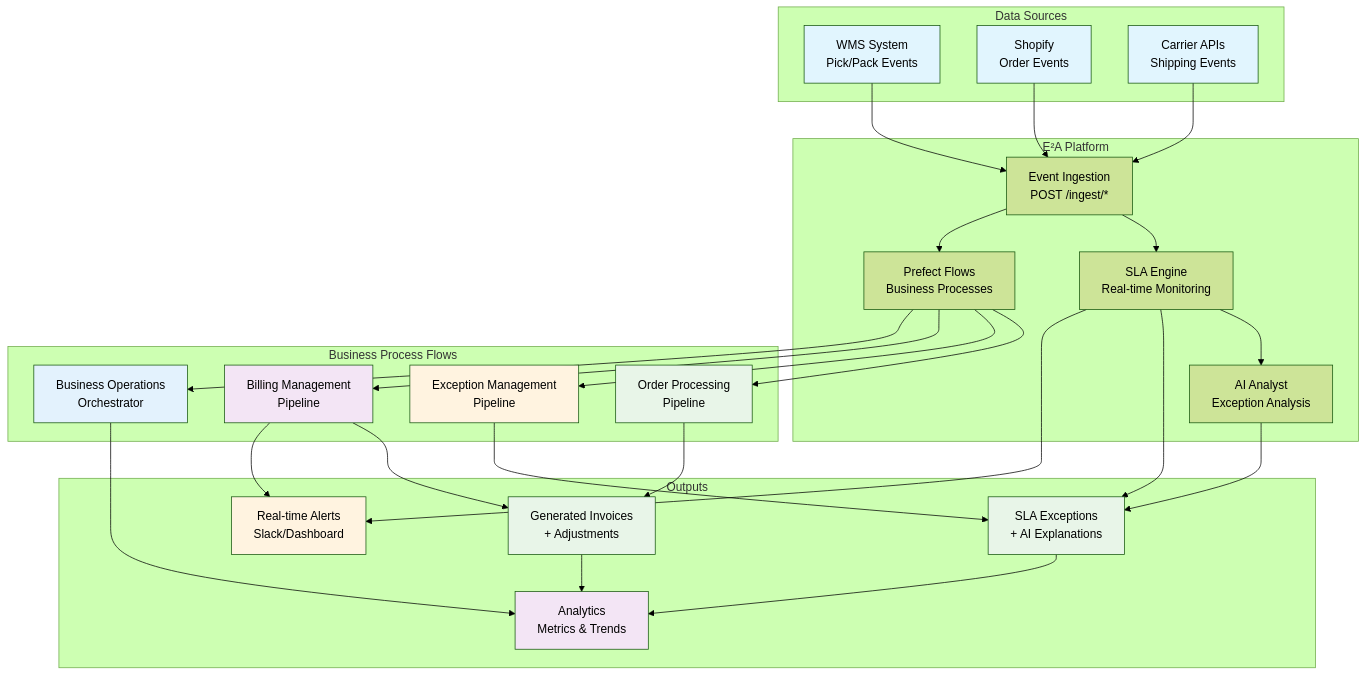
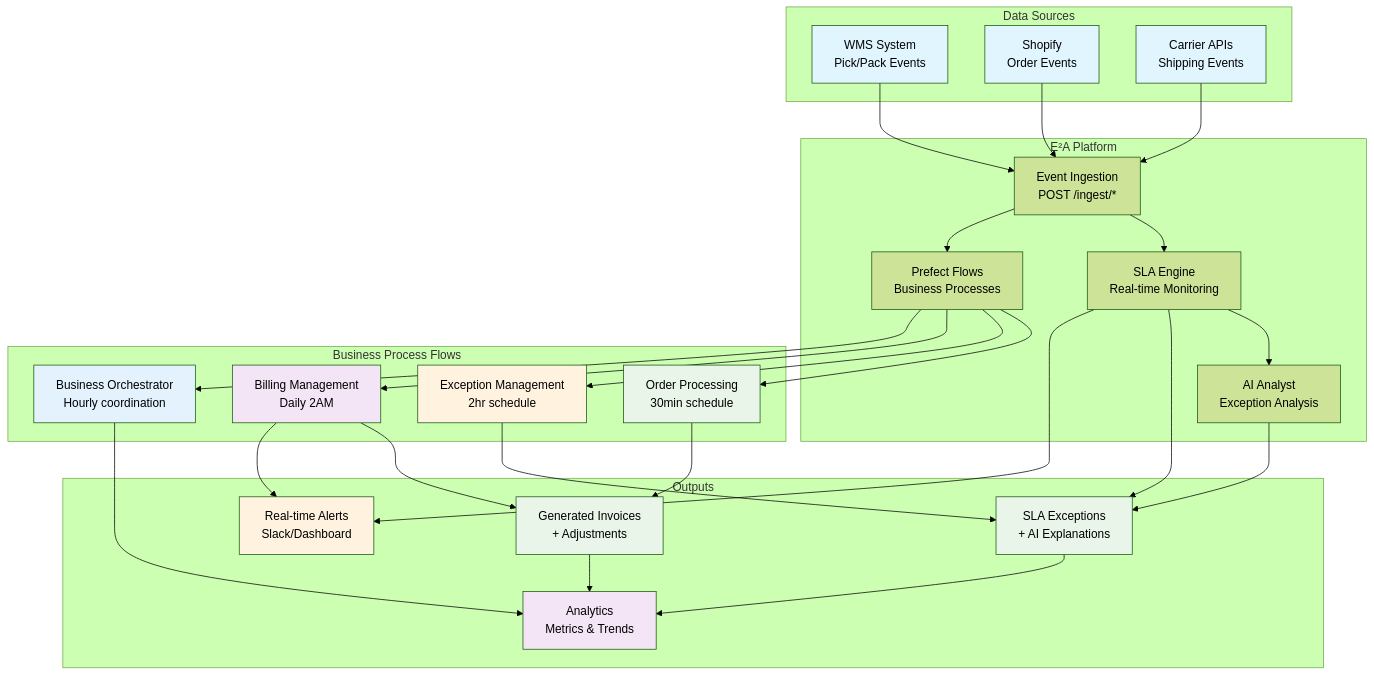
The first of 4 diagrams in README.md (chernistry/e2a), drawn with Mermaid (forest theme) before and after one commit. The commit also changed other lines of this file and 13 other files, not shown here.

First line of the commit message:
Implement processing stage management and data completeness tracking

````diff
--- a/README.md
+++ b/README.md
@@ -146,67 +137,67 @@
 ```mermaid
 flowchart TD
     subgraph "Data Sources"
         WMS[WMS System<br/>Pick/Pack Events]
         SHOPIFY[Shopify<br/>Order Events]
         CARRIER[Carrier APIs<br/>Shipping Events]
     end
     
     subgraph "E²A Platform"
         INGEST[Event Ingestion<br/>POST /ingest/*]
         SLA[SLA Engine<br/>Real-time Monitoring]
         AI[AI Analyst<br/>Exception Analysis]
         PREFECT[Prefect Flows<br/>Business Processes]
     end
     
     subgraph "Business Process Flows"
-        ORDER[Order Processing<br/>Pipeline]
-        EXCEPTION[Exception Management<br/>Pipeline]
-        BILLING[Billing Management<br/>Pipeline]
-        ORCHESTRATOR[Business Operations<br/>Orchestrator]
+        ORDER[Order Processing<br/>30min schedule]
+        EXCEPTION[Exception Management<br/>2hr schedule]
+        BILLING[Billing Management<br/>Daily 2AM]
+        ORCHESTRATOR[Business Orchestrator<br/>Hourly coordination]
     end
     
     subgraph "Outputs"
         EXCEPTIONS[SLA Exceptions<br/>+ AI Explanations]
         INVOICES[Generated Invoices<br/>+ Adjustments]
         ALERTS[Real-time Alerts<br/>Slack/Dashboard]
         REPORTS[Analytics<br/>Metrics & Trends]
     end
     
     WMS --> INGEST
     SHOPIFY --> INGEST
     CARRIER --> INGEST
     
     INGEST --> SLA
     SLA --> AI
     SLA --> EXCEPTIONS
     
     INGEST --> PREFECT
     PREFECT --> ORDER
     PREFECT --> EXCEPTION
     PREFECT --> BILLING
     PREFECT --> ORCHESTRATOR
     
     ORDER --> INVOICES
     EXCEPTION --> EXCEPTIONS
     BILLING --> INVOICES
     ORCHESTRATOR --> REPORTS
     
     AI --> EXCEPTIONS
     SLA --> ALERTS
     BILLING --> ALERTS
     
     EXCEPTIONS --> REPORTS
     INVOICES --> REPORTS
     
     style WMS fill:#e1f5fe
     style SHOPIFY fill:#e1f5fe
     style CARRIER fill:#e1f5fe
     style ORDER fill:#e8f5e8
     style EXCEPTION fill:#fff3e0
     style BILLING fill:#f3e5f5
     style ORCHESTRATOR fill:#e3f2fd
     style EXCEPTIONS fill:#e8f5e8
     style INVOICES fill:#e8f5e8
     style ALERTS fill:#fff3e0
     style REPORTS fill:#f3e5f5
 ```
````
